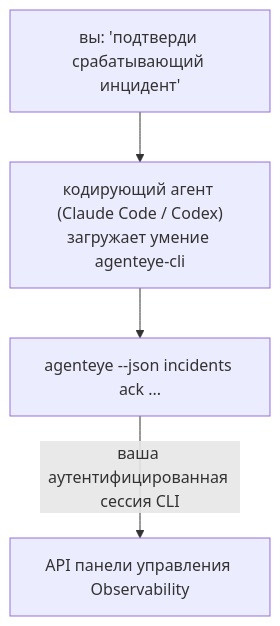
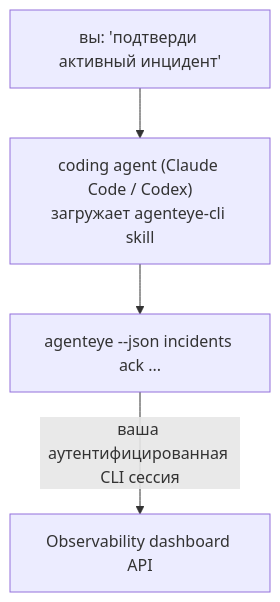
The diagram in docs/ru/agenteye/cli-skill.mdx (FailproofAI/failproofai), drawn with Mermaid before and after one commit. The commit also changed other lines of this file and 649 other files, not shown here.

````diff
--- a/docs/ru/agenteye/cli-skill.mdx
+++ b/docs/ru/agenteye/cli-skill.mdx
@@ -28,6 +28,6 @@
 ```mermaid
 flowchart TD
-    YOU["вы: 'подтверди срабатывающий инцидент'"] --> AGENT["кодирующий агент (Claude Code / Codex)<br/>загружает умение agenteye-cli"]
+    YOU["вы: 'подтверди активный инцидент'"] --> AGENT["coding agent (Claude Code / Codex)<br/>загружает agenteye-cli skill"]
     AGENT --> CLI["agenteye --json incidents ack ..."]
-    CLI -->|ваша аутентифицированная сессия CLI| API["API панели управления Observability"]
+    CLI -->|ваша аутентифицированная CLI сессия| API["Observability dashboard API"]
 ```
````
